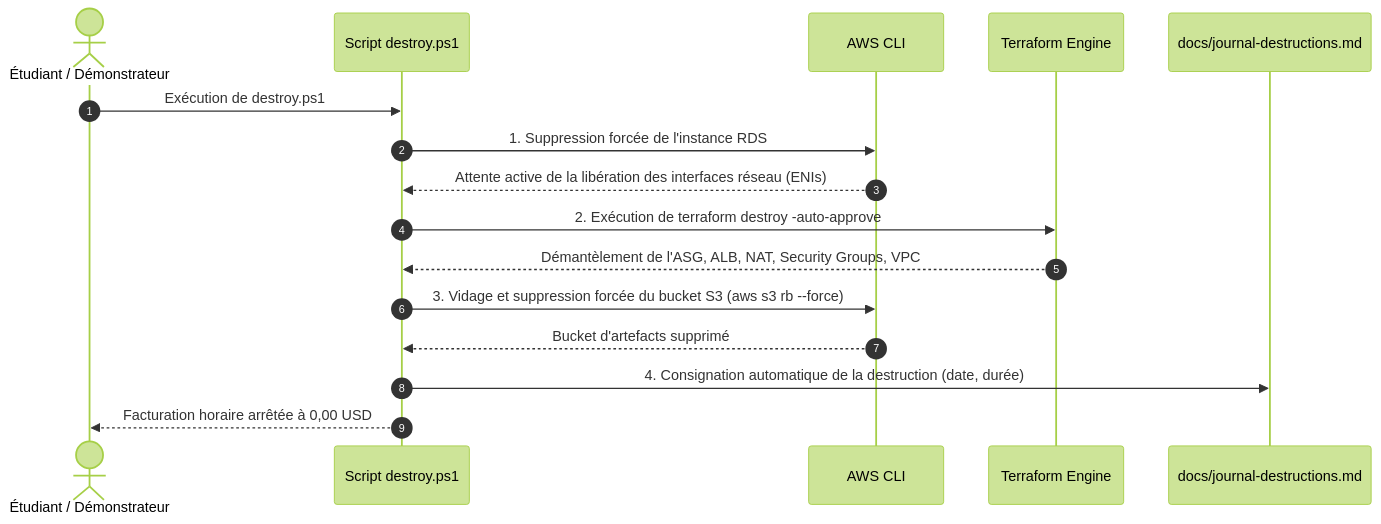
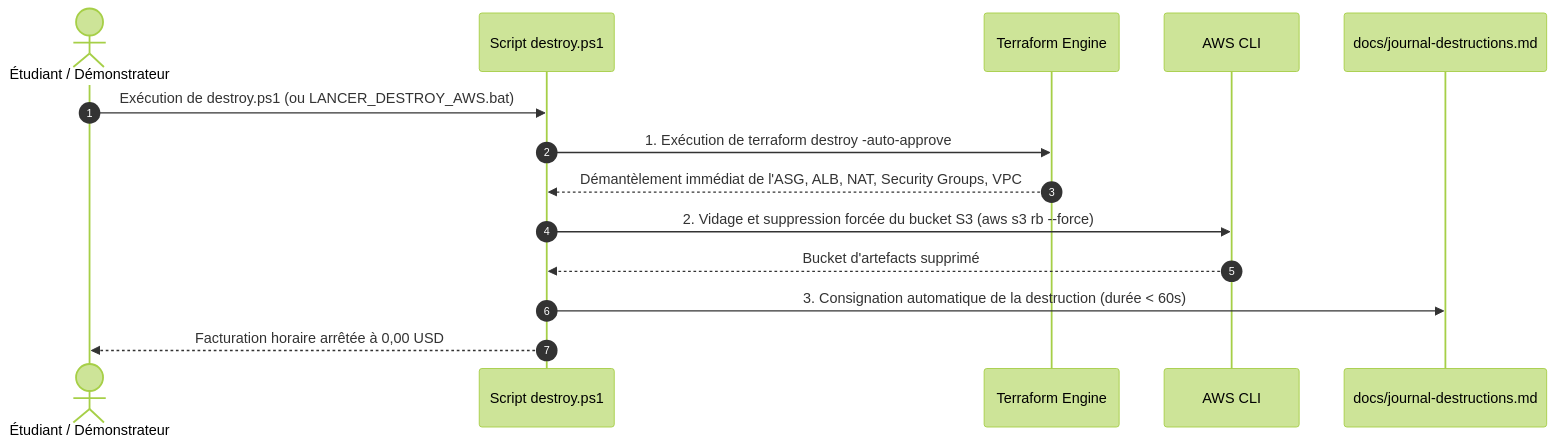
The diagram in docs/L3_infrastructure.md (MohamedJebahi21/projet-aws), drawn with Mermaid (forest theme) before and after one commit. The commit also changed other lines of this file, not shown here.

Commit message:
docs(L3): procedure de demo live chronometree et destruction rapide

````diff
--- a/docs/L3_infrastructure.md
+++ b/docs/L3_infrastructure.md
@@ -126,19 +102,17 @@
 ```mermaid
 sequenceDiagram
     autonumber
     actor Etudiant as Étudiant / Démonstrateur
     participant Script as Script destroy.ps1
+    participant TF as Terraform Engine
     participant AWS_CLI as AWS CLI
-    participant TF as Terraform Engine
     participant Journal as docs/journal-destructions.md
 
-    Etudiant->>Script: Exécution de destroy.ps1
-    Script->>AWS_CLI: 1. Suppression forcée de l'instance RDS
-    AWS_CLI-->>Script: Attente active de la libération des interfaces réseau (ENIs)
-    Script->>TF: 2. Exécution de terraform destroy -auto-approve
-    TF-->>Script: Démantèlement de l'ASG, ALB, NAT, Security Groups, VPC
-    Script->>AWS_CLI: 3. Vidage et suppression forcée du bucket S3 (aws s3 rb --force)
+    Etudiant->>Script: Exécution de destroy.ps1 (ou LANCER_DESTROY_AWS.bat)
+    Script->>TF: 1. Exécution de terraform destroy -auto-approve
+    TF-->>Script: Démantèlement immédiat de l'ASG, ALB, NAT, Security Groups, VPC
+    Script->>AWS_CLI: 2. Vidage et suppression forcée du bucket S3 (aws s3 rb --force)
     AWS_CLI-->>Script: Bucket d'artefacts supprimé
-    Script->>Journal: 4. Consignation automatique de la destruction (date, durée)
+    Script->>Journal: 3. Consignation automatique de la destruction (durée < 60s)
     Script-->>Etudiant: Facturation horaire arrêtée à 0,00 USD
 ```
````
